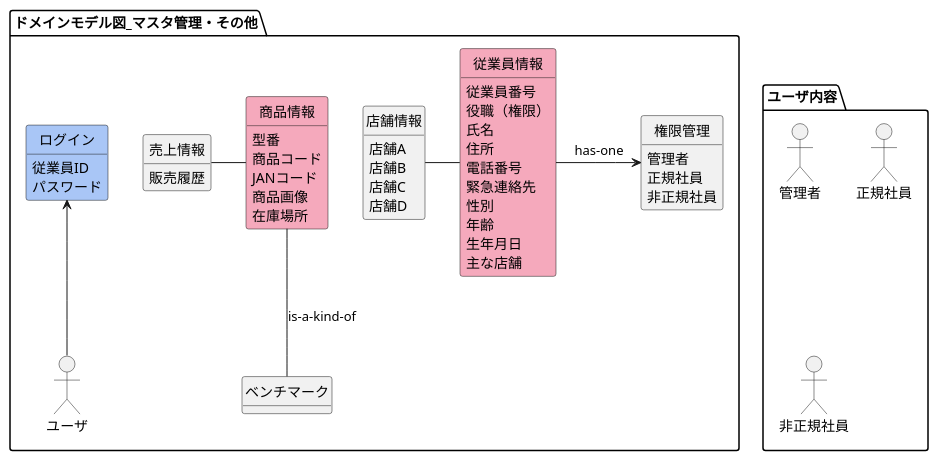
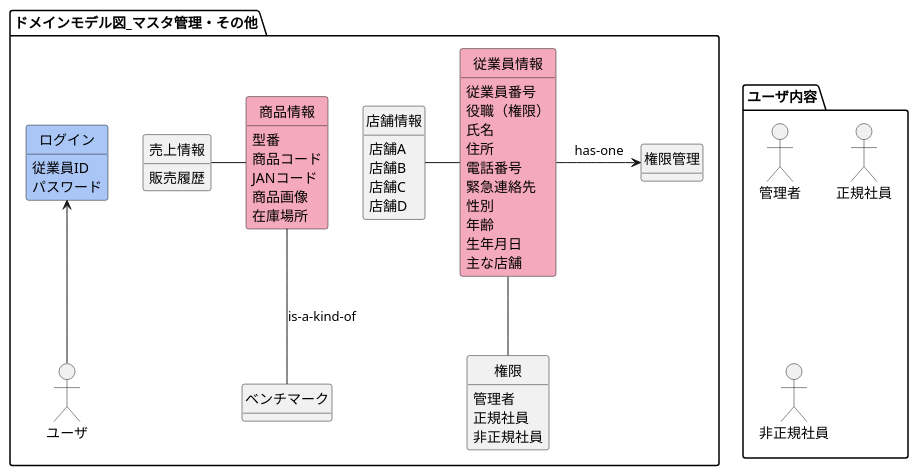
The diagram in 各種設計書/1ドメインモデル図/ドメインモデル図_マスタ管理.plantuml (HaruShim/Sotuken), drawn with PlantUML before and after one commit. The commit also changed 7 other files, not shown here.

```diff
--- a/各種設計書/1ドメインモデル図/ドメインモデル図_マスタ管理.plantuml
+++ b/各種設計書/1ドメインモデル図/ドメインモデル図_マスタ管理.plantuml
@@ -1,55 +1,58 @@
-@startuml マスタ管理
+@startuml ドメインモデル図_マスタ管理
+
 ' left to right direction
 
 hide circle
 hide method
 
 package ユーザ内容 {
   mix_actor 管理者
   mix_actor 正規社員
   mix_actor 非正規社員
 }
 package ドメインモデル図_マスタ管理・その他 {
   class 商品情報 #F5A9BC
   class ベンチマーク 
   class 売上情報 
   class 従業員情報 #F5A9BC
   class 店舗情報 
   class 権限管理 
   class ログイン #A9C6F6
   mix_actor ユーザ
 
-  権限管理 : 管理者
-  権限管理 : 正規社員
-  権限管理 : 非正規社員
+  権限 : 管理者
+  権限 : 正規社員
+  権限 : 非正規社員
+  ' 権限情報 : 雇用形態
   従業員情報 : 従業員番号
   従業員情報 : 役職（権限）
   従業員情報 : 氏名
   従業員情報 : 住所
   従業員情報 : 電話番号
   従業員情報 : 緊急連絡先
   従業員情報 : 性別
   従業員情報 : 年齢
   従業員情報 : 生年月日
   従業員情報 : 主な店舗
   商品情報 : 型番
   商品情報 : 商品コード
   商品情報 : JANコード
   商品情報 : 商品画像
   商品情報 : 在庫場所
   売上情報 : 販売履歴
   店舗情報 : 店舗A
   店舗情報 : 店舗B
   店舗情報 : 店舗C
   店舗情報 : 店舗D
   ログイン : 従業員ID
   ログイン : パスワード
 
 
   従業員情報 -left- 店舗情報
+  従業員情報 -down- 権限
   商品情報 -left- 売上情報
   ユーザ -up-> ログイン
   従業員情報 -> 権限管理 : has-one
   商品情報 -- ベンチマーク : is-a-kind-of
 }
 @enduml
```
